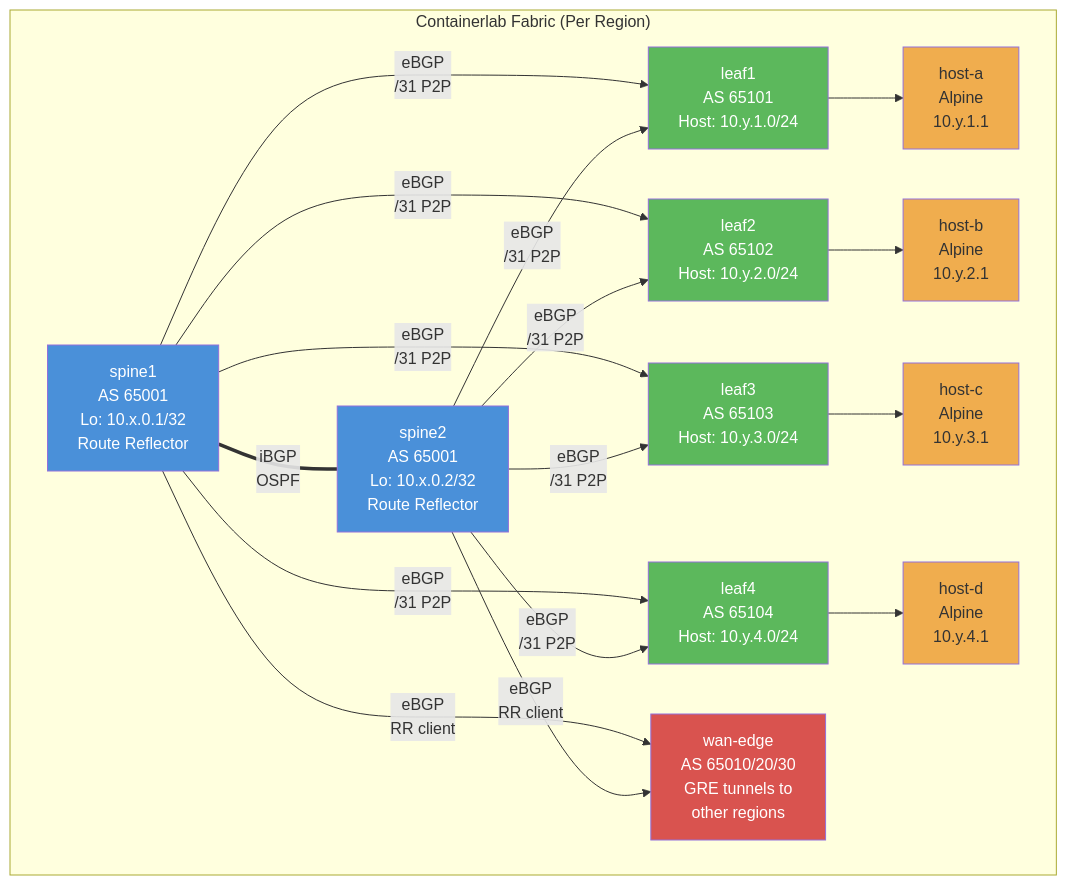
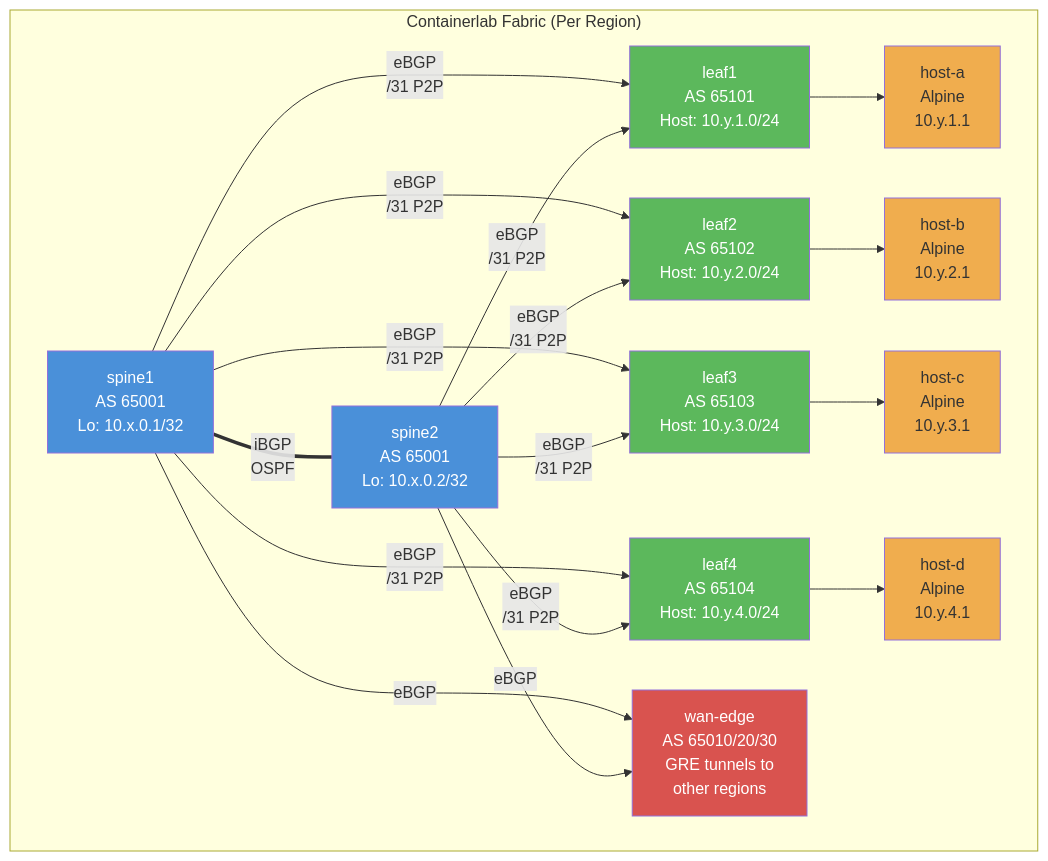
The first of 3 diagrams in docs/diagrams/network-topology.md (macrohard1970/ResilientCloud), drawn with Mermaid before and after one commit. The commit also changed other lines of this file and 12 other files, not shown here.

First line of the commit message:
docs: align all docs and diagrams with the fixed lab; add CHANGELOG

````diff
--- a/docs/diagrams/network-topology.md
+++ b/docs/diagrams/network-topology.md
@@ -7,51 +7,51 @@
 ```mermaid
 graph TB
     subgraph "Containerlab Fabric (Per Region)"
-        SPINE1["spine1<br/>AS 65001<br/>Lo: 10.x.0.1/32<br/>Route Reflector"]
-        SPINE2["spine2<br/>AS 65001<br/>Lo: 10.x.0.2/32<br/>Route Reflector"]
+        SPINE1["spine1<br/>AS 65001<br/>Lo: 10.x.0.1/32"]
+        SPINE2["spine2<br/>AS 65001<br/>Lo: 10.x.0.2/32"]
 
         LEAF1["leaf1<br/>AS 65101<br/>Host: 10.y.1.0/24"]
         LEAF2["leaf2<br/>AS 65102<br/>Host: 10.y.2.0/24"]
         LEAF3["leaf3<br/>AS 65103<br/>Host: 10.y.3.0/24"]
         LEAF4["leaf4<br/>AS 65104<br/>Host: 10.y.4.0/24"]
 
         WAN["wan-edge<br/>AS 65010/20/30<br/>GRE tunnels to<br/>other regions"]
 
         HOSTA["host-a<br/>Alpine<br/>10.y.1.1"]
         HOSTB["host-b<br/>Alpine<br/>10.y.2.1"]
         HOSTC["host-c<br/>Alpine<br/>10.y.3.1"]
         HOSTD["host-d<br/>Alpine<br/>10.y.4.1"]
     end
 
     SPINE1 ===|"iBGP<br/>OSPF"| SPINE2
 
     SPINE1 -->|"eBGP<br/>/31 P2P"| LEAF1
     SPINE1 -->|"eBGP<br/>/31 P2P"| LEAF2
     SPINE1 -->|"eBGP<br/>/31 P2P"| LEAF3
     SPINE1 -->|"eBGP<br/>/31 P2P"| LEAF4
 
     SPINE2 -->|"eBGP<br/>/31 P2P"| LEAF1
     SPINE2 -->|"eBGP<br/>/31 P2P"| LEAF2
     SPINE2 -->|"eBGP<br/>/31 P2P"| LEAF3
     SPINE2 -->|"eBGP<br/>/31 P2P"| LEAF4
 
-    SPINE1 -->|"eBGP<br/>RR client"| WAN
-    SPINE2 -->|"eBGP<br/>RR client"| WAN
+    SPINE1 -->|"eBGP"| WAN
+    SPINE2 -->|"eBGP"| WAN
 
     LEAF1 --> HOSTA
     LEAF2 --> HOSTB
     LEAF3 --> HOSTC
     LEAF4 --> HOSTD
 
     style SPINE1 fill:#4a90d9,color:#fff
     style SPINE2 fill:#4a90d9,color:#fff
     style LEAF1 fill:#5cb85c,color:#fff
     style LEAF2 fill:#5cb85c,color:#fff
     style LEAF3 fill:#5cb85c,color:#fff
     style LEAF4 fill:#5cb85c,color:#fff
     style WAN fill:#d9534f,color:#fff
     style HOSTA fill:#f0ad4e,color:#333
     style HOSTB fill:#f0ad4e,color:#333
     style HOSTC fill:#f0ad4e,color:#333
     style HOSTD fill:#f0ad4e,color:#333
 ```
````
